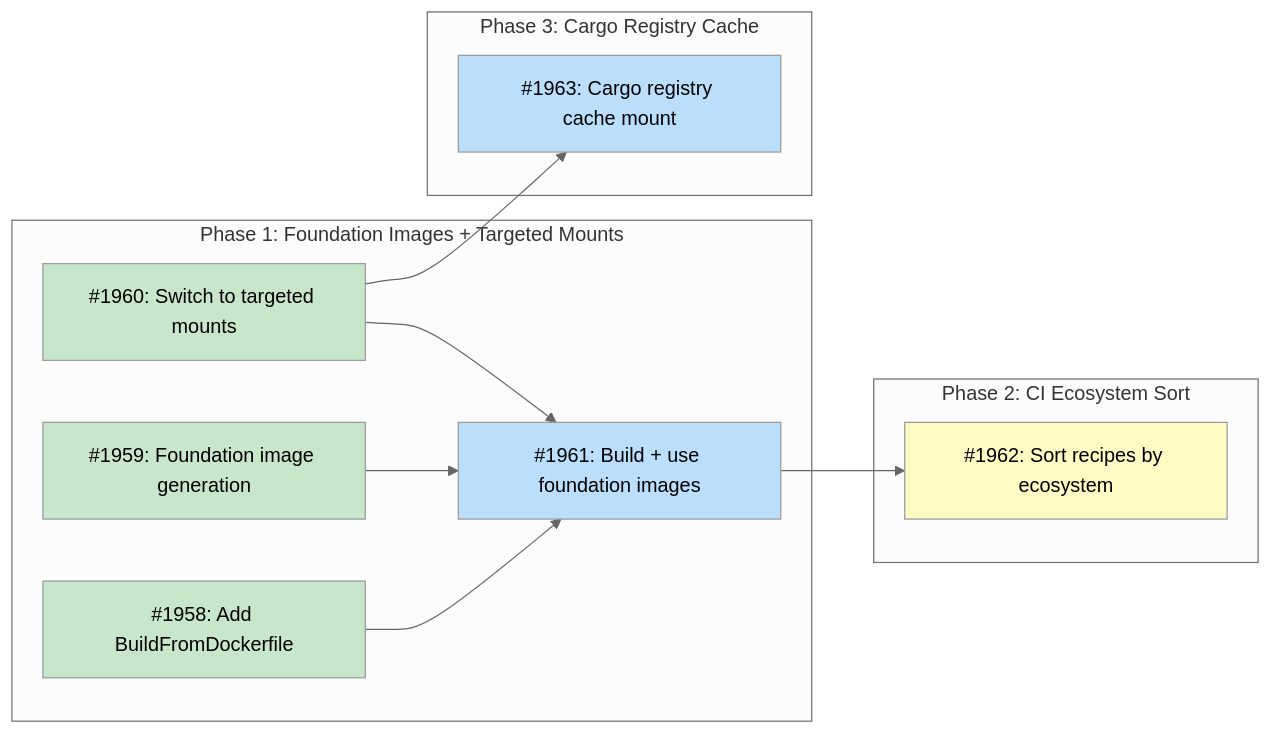
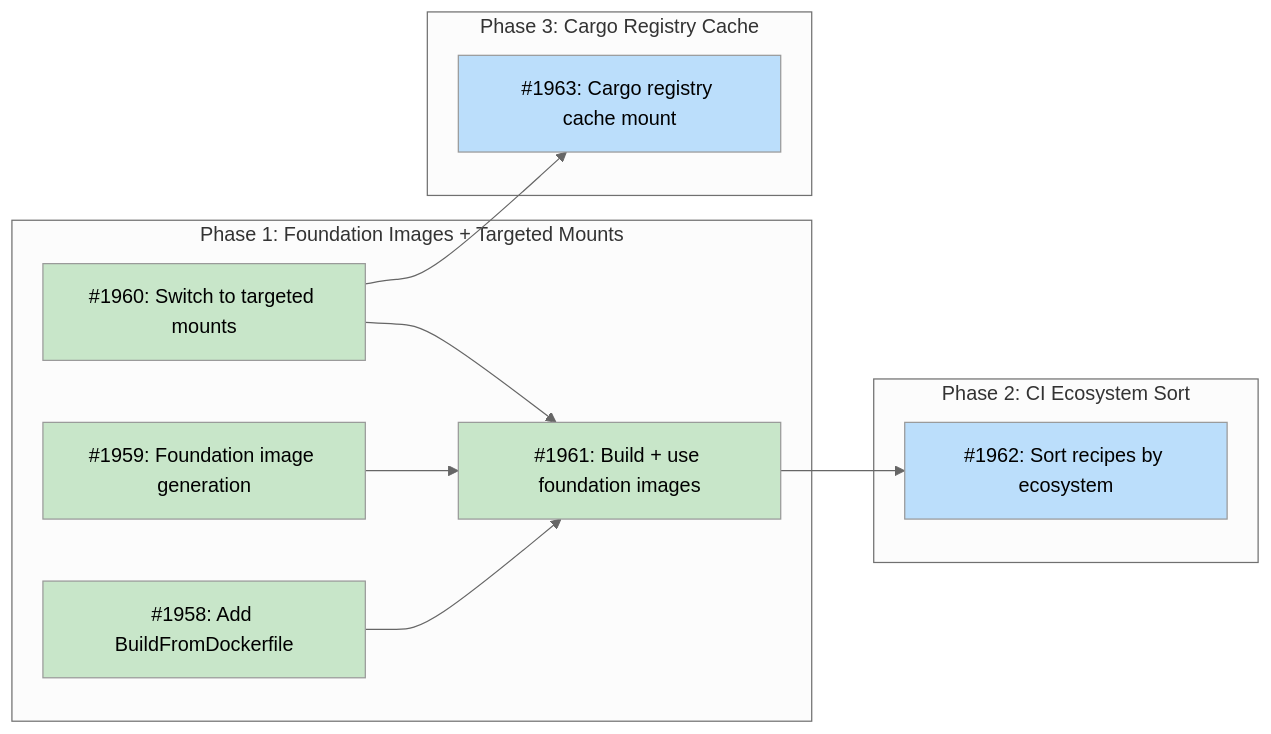
The diagram in docs/designs/DESIGN-sandbox-build-cache.md (tsukumogami/tsuku), drawn with Mermaid (neutral theme) before and after one commit. The commit also changed other lines of this file and 2 other files, not shown here.

Commit message:
chore: update state and design doc for #1961 completion
Mark #1961 as done in design doc table and Mermaid diagram.
Unblock #1962 (was blocked, now ready). Save reviewer results.

````diff
--- a/docs/designs/DESIGN-sandbox-build-cache.md
+++ b/docs/designs/DESIGN-sandbox-build-cache.md
@@ -54,33 +54,32 @@
 ```mermaid
 graph LR
     subgraph Phase1["Phase 1: Foundation Images + Targeted Mounts"]
         I1958["#1958: Add BuildFromDockerfile"]
         I1959["#1959: Foundation image generation"]
         I1960["#1960: Switch to targeted mounts"]
         I1961["#1961: Build + use foundation images"]
     end
 
     subgraph Phase2["Phase 2: CI Ecosystem Sort"]
         I1962["#1962: Sort recipes by ecosystem"]
     end
 
     subgraph Phase3["Phase 3: Cargo Registry Cache"]
         I1963["#1963: Cargo registry cache mount"]
     end
 
     I1958 --> I1961
     I1959 --> I1961
     I1960 --> I1961
     I1961 --> I1962
     I1960 --> I1963
 
     classDef done fill:#c8e6c9
     classDef ready fill:#bbdefb
     classDef blocked fill:#fff9c4
     classDef needsDesign fill:#e1bee7
     classDef tracksDesign fill:#FFE0B2,stroke:#F57C00,color:#000
 
-    class I1958,I1959,I1960 done
-    class I1961,I1963 ready
-    class I1962 blocked
+    class I1958,I1959,I1960,I1961 done
+    class I1962,I1963 ready
 ```
````
